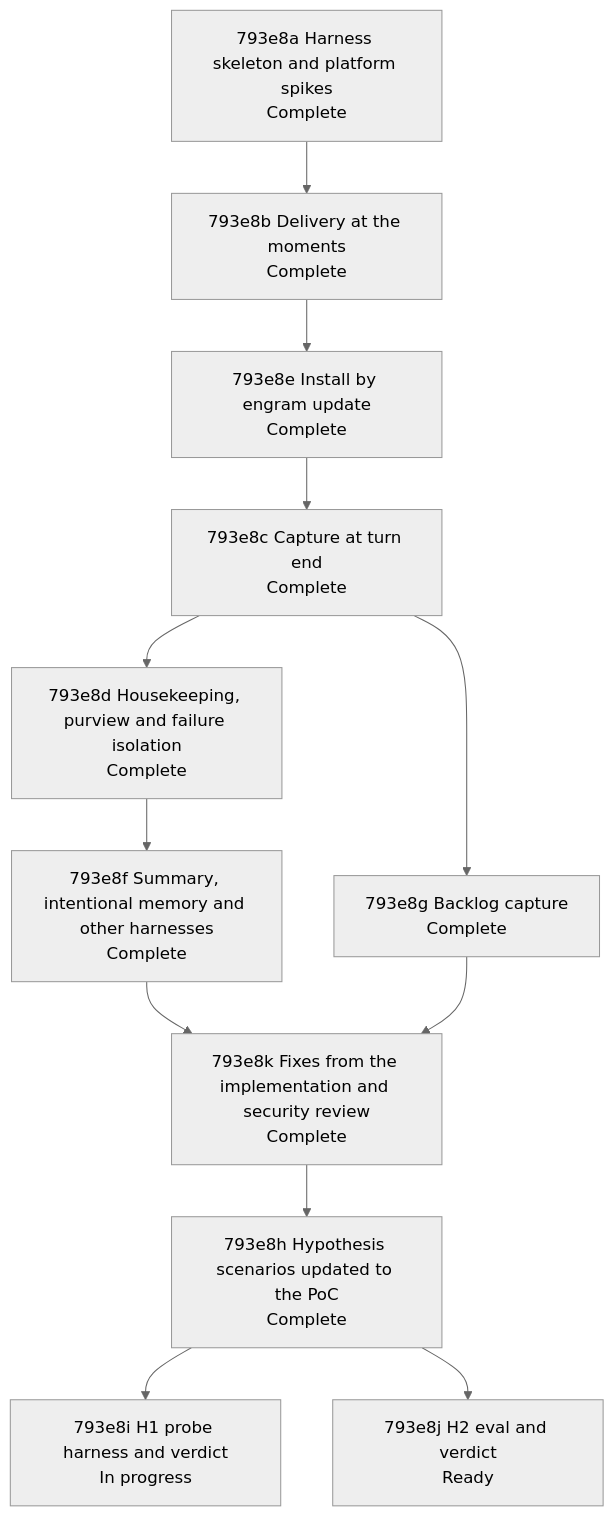
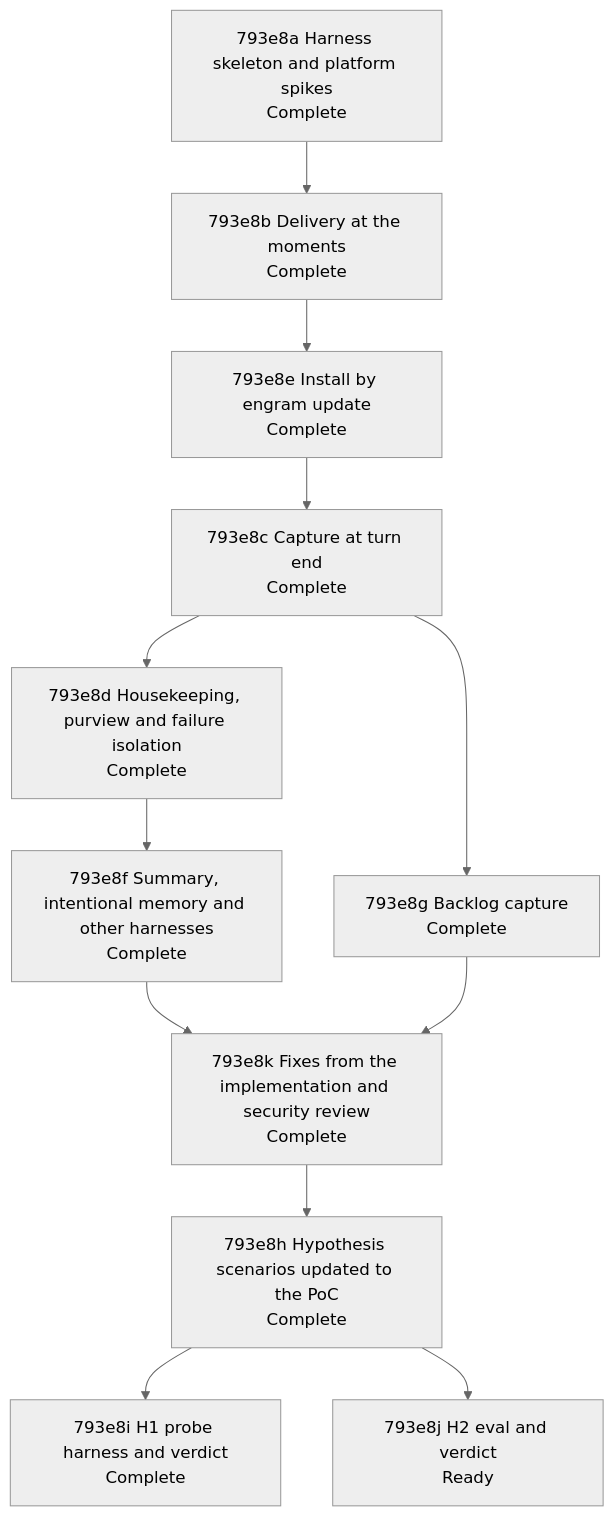
Before and after one commit to toejough/engram: the diagram in docs/changes/793_parallel-memory-agent/793e_implementation-plan.md, drawn with Mermaid (neutral theme). The commit also changed other lines of this file, not shown here.

First line of the commit message:
docs(793e8i): node 793e8i complete

````diff
--- a/docs/changes/793_parallel-memory-agent/793e_implementation-plan.md
+++ b/docs/changes/793_parallel-memory-agent/793e_implementation-plan.md
@@ -217,23 +217,23 @@
 ```mermaid
 flowchart TD
   n793e8a["793e8a Harness skeleton and platform spikes<br/>Complete"]
   n793e8b["793e8b Delivery at the moments<br/>Complete"]
   n793e8e["793e8e Install by engram update<br/>Complete"]
   n793e8c["793e8c Capture at turn end<br/>Complete"]
   n793e8d["793e8d Housekeeping, purview and failure isolation<br/>Complete"]
   n793e8g["793e8g Backlog capture<br/>Complete"]
   n793e8f["793e8f Summary, intentional memory and other harnesses<br/>Complete"]
   n793e8k["793e8k Fixes from the implementation and security review<br/>Complete"]
   n793e8h["793e8h Hypothesis scenarios updated to the PoC<br/>Complete"]
-  n793e8i["793e8i H1 probe harness and verdict<br/>In progress"]
+  n793e8i["793e8i H1 probe harness and verdict<br/>Complete"]
   n793e8j["793e8j H2 eval and verdict<br/>Ready"]
   n793e8a --> n793e8b --> n793e8e --> n793e8c
   n793e8c --> n793e8d
   n793e8c --> n793e8g
   n793e8d --> n793e8f
   n793e8f --> n793e8k
   n793e8g --> n793e8k
   n793e8k --> n793e8h
   n793e8h --> n793e8i
   n793e8h --> n793e8j
 ```
````
